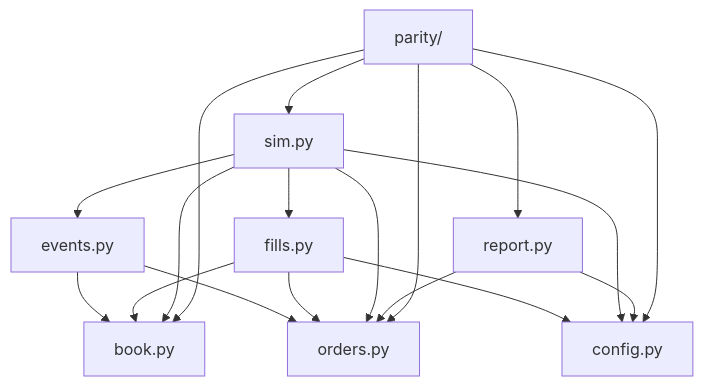
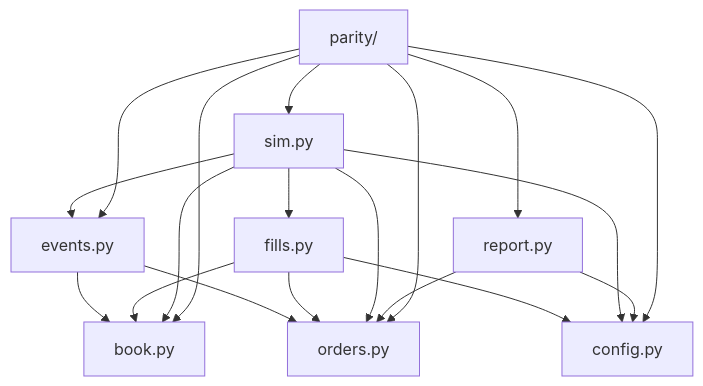
One commit to Warper2001/Silver-Bullet-ML-BMAD changed the diagram in _bmad-output/planning-artifacts/architecture/tick-infra-fill-simulator-2026-08-29/ARCHITECTURE-SPINE.md. Above: the diagram before and after it, drawn with Mermaid. The commit also changed other lines of this file and 8 other files, not shown here.

````diff
--- a/_bmad-output/planning-artifacts/architecture/tick-infra-fill-simulator-2026-08-29/ARCHITECTURE-SPINE.md
+++ b/_bmad-output/planning-artifacts/architecture/tick-infra-fill-simulator-2026-08-29/ARCHITECTURE-SPINE.md
@@ -34,28 +34,29 @@
 ```mermaid
 graph TD
   config[config.py]
   book[book.py]
   orders[orders.py]
   events[events.py]
   fills[fills.py]
   sim[sim.py]
   report[report.py]
   parity[parity/]
   events --> book
   events --> orders
   fills --> book
   fills --> orders
   fills --> config
   sim --> events
   sim --> fills
   sim --> book
   sim --> orders
   sim --> config
   report --> orders
   report --> config
   parity --> sim
   parity --> report
   parity --> book
   parity --> orders
   parity --> config
+  parity --> events
 ```
````
